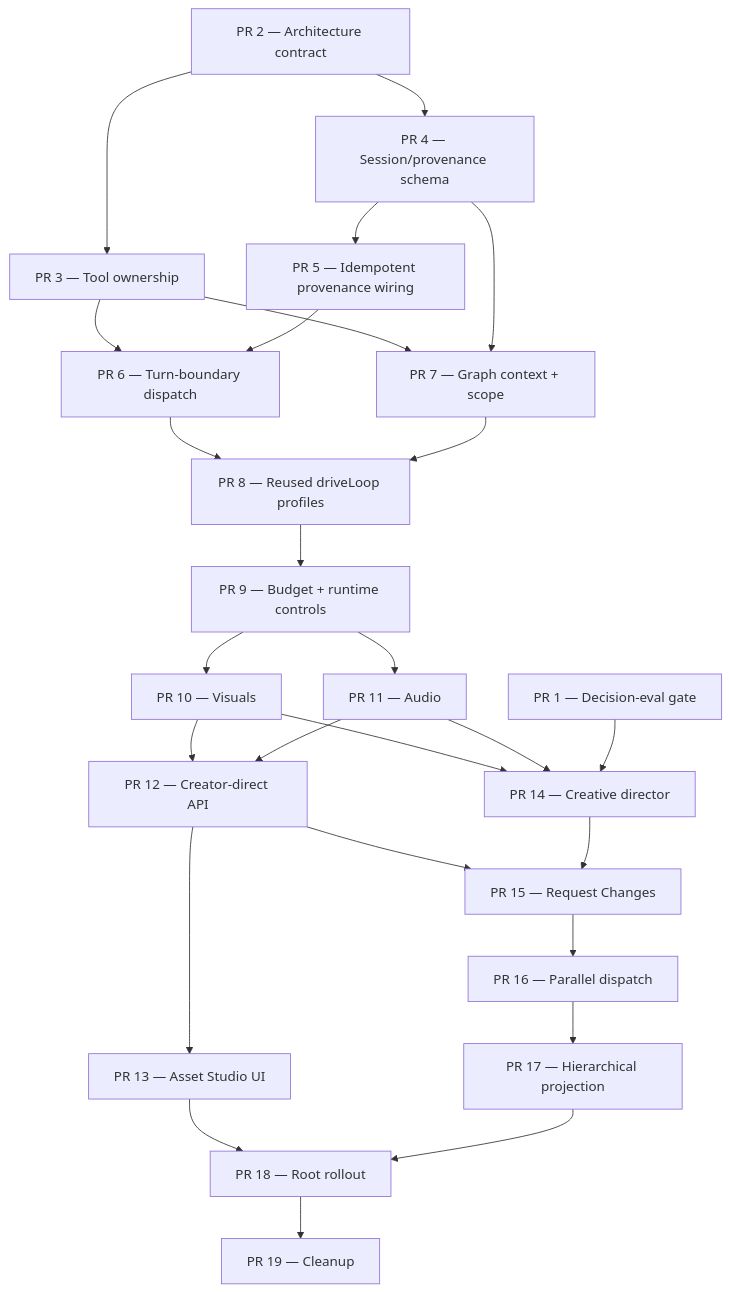
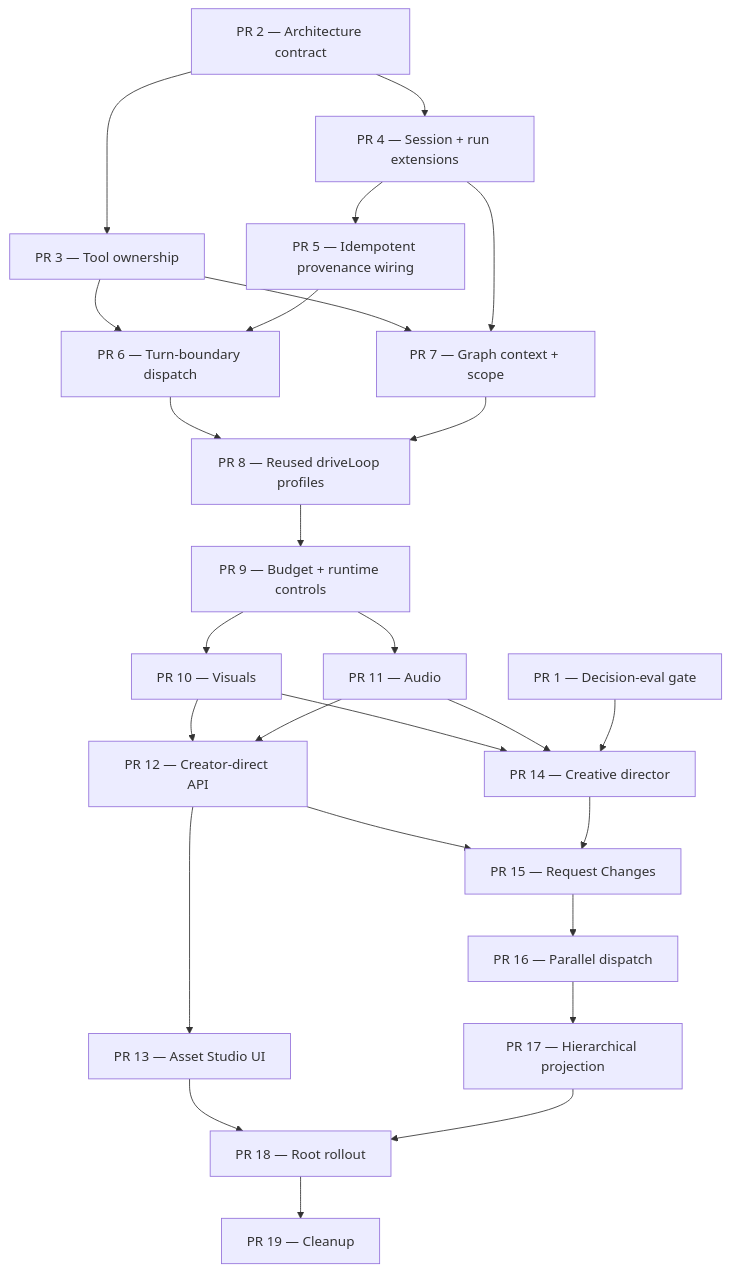
The second of 2 diagrams in docs/scopes/specialist-agent-orchestration-prs.md (kmgrassi/PopcornReady), drawn with Mermaid before and after one commit. The commit also changed other lines of this file and 3 other files, not shown here.

````diff
--- a/docs/scopes/specialist-agent-orchestration-prs.md
+++ b/docs/scopes/specialist-agent-orchestration-prs.md
@@ -532,30 +640,30 @@
 ```mermaid
 flowchart TD
   P1["PR 1 — Decision-eval gate"]
   P2["PR 2 — Architecture contract"]
   P2 --> P3["PR 3 — Tool ownership"]
-  P2 --> P4["PR 4 — Session/provenance schema"]
+  P2 --> P4["PR 4 — Session + run extensions"]
   P4 --> P5["PR 5 — Idempotent provenance wiring"]
   P3 --> P6["PR 6 — Turn-boundary dispatch"]
   P5 --> P6
   P3 --> P7["PR 7 — Graph context + scope"]
   P4 --> P7
   P6 --> P8["PR 8 — Reused driveLoop profiles"]
   P7 --> P8
   P8 --> P9["PR 9 — Budget + runtime controls"]
   P9 --> P10["PR 10 — Visuals"]
   P9 --> P11["PR 11 — Audio"]
   P10 --> P12["PR 12 — Creator-direct API"]
   P11 --> P12
   P12 --> P13["PR 13 — Asset Studio UI"]
   P10 --> P14["PR 14 — Creative director"]
   P11 --> P14
   P1 --> P14
   P12 --> P15["PR 15 — Request Changes"]
   P14 --> P15
   P15 --> P16["PR 16 — Parallel dispatch"]
   P16 --> P17["PR 17 — Hierarchical projection"]
   P13 --> P18["PR 18 — Root rollout"]
   P17 --> P18
   P18 --> P19["PR 19 — Cleanup"]
 ```
````
